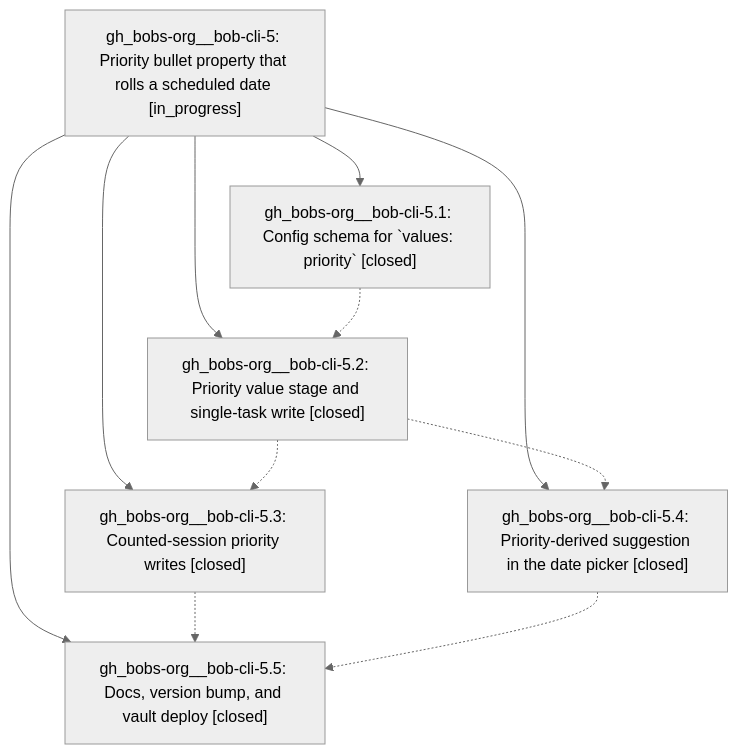
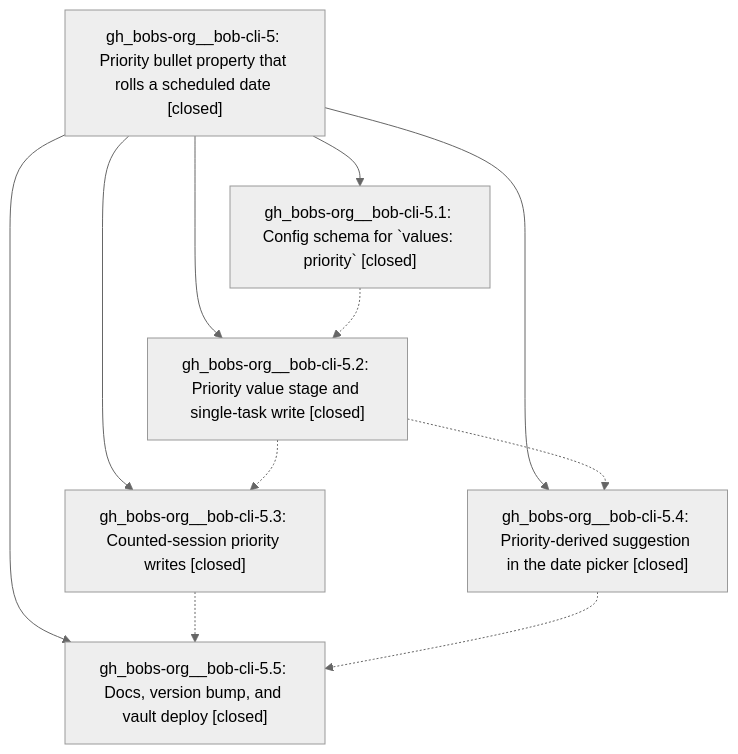
One commit to bobs-org/bob-cli--beads changed the diagram in pages/gh_bobs-org__bob-cli-5/README.md. Above: the diagram before and after it, drawn with Mermaid (neutral theme). The commit also changed other lines of this file, not shown here.

First line of the commit message:
chore(beads): sync bead state and pages for gh_bobs-org__bob-cli-5

````diff
--- a/pages/gh_bobs-org__bob-cli-5/README.md
+++ b/pages/gh_bobs-org__bob-cli-5/README.md
@@ -26,19 +26,19 @@
 ```mermaid
 flowchart TD
-    n0["gh_bobs-org__bob-cli-5: Priority bullet property that rolls a scheduled date [in_progress]"]
+    n0["gh_bobs-org__bob-cli-5: Priority bullet property that rolls a scheduled date [closed]"]
     n1["gh_bobs-org__bob-cli-5.1: Config schema for `values: priority` [closed]"]
     n2["gh_bobs-org__bob-cli-5.2: Priority value stage and single-task write [closed]"]
     n3["gh_bobs-org__bob-cli-5.3: Counted-session priority writes [closed]"]
     n4["gh_bobs-org__bob-cli-5.4: Priority-derived suggestion in the date picker [closed]"]
     n5["gh_bobs-org__bob-cli-5.5: Docs, version bump, and vault deploy [closed]"]
     n0 --> n1
     n0 --> n2
     n0 --> n3
     n0 --> n4
     n0 --> n5
     n1 -.-> n2
     n2 -.-> n3
     n2 -.-> n4
     n3 -.-> n5
     n4 -.-> n5
 ```
````
